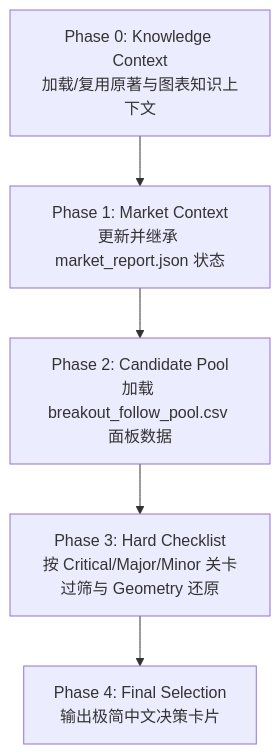
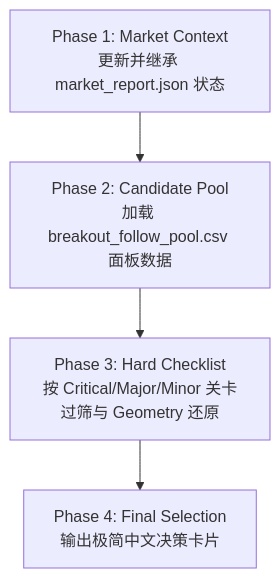
Before and after one commit to githhhh/Yfinance_data: the diagram in .agents/skills/ibd-candidate-prescreen/SKILL.md, drawn with Mermaid. The commit also changed other lines of this file, not shown here.

Commit message:
Remove unused book context step from IBD skill

````diff
--- a/.agents/skills/ibd-candidate-prescreen/SKILL.md
+++ b/.agents/skills/ibd-candidate-prescreen/SKILL.md
@@ -116,7 +110,6 @@
 ```mermaid
 graph TD
-    Phase0[Phase 0: Knowledge Context<br/>加载/复用原著与图表知识上下文] --> Phase1[Phase 1: Market Context<br/>更新并继承 market_report.json 状态]
-    Phase1 --> Phase2[Phase 2: Candidate Pool<br/>加载 breakout_follow_pool.csv 面板数据]
+    Phase1[Phase 1: Market Context<br/>更新并继承 market_report.json 状态] --> Phase2[Phase 2: Candidate Pool<br/>加载 breakout_follow_pool.csv 面板数据]
     Phase2 --> Phase3[Phase 3: Hard Checklist<br/>按 Critical/Major/Minor 关卡过筛与 Geometry 还原]
     Phase3 --> Phase4[Phase 4: Final Selection<br/>输出极简中文决策卡片]
 ```
````
